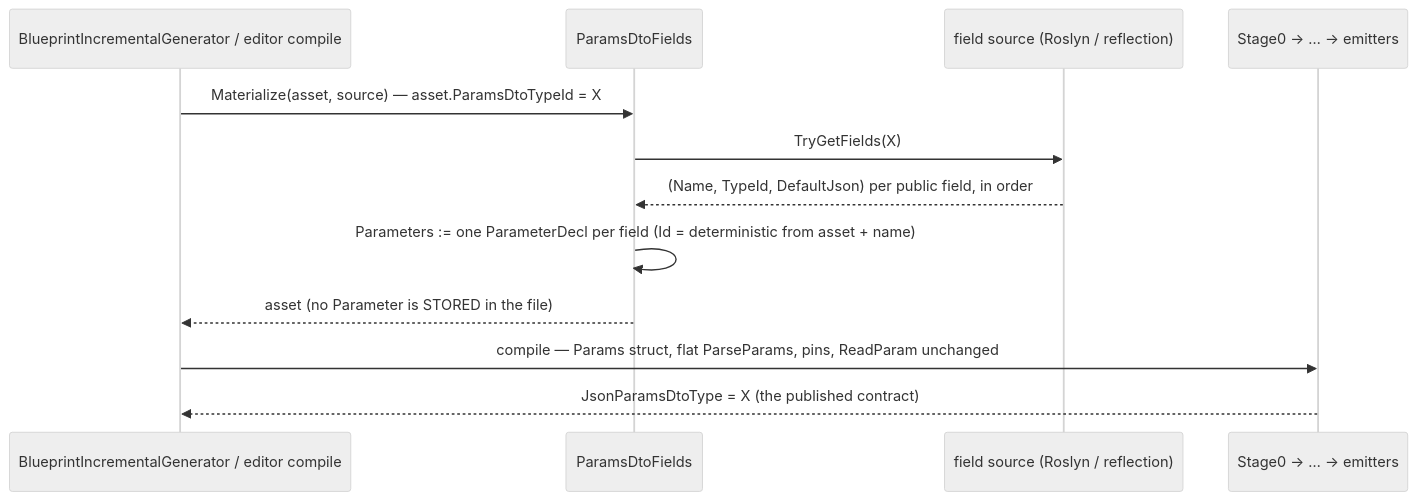
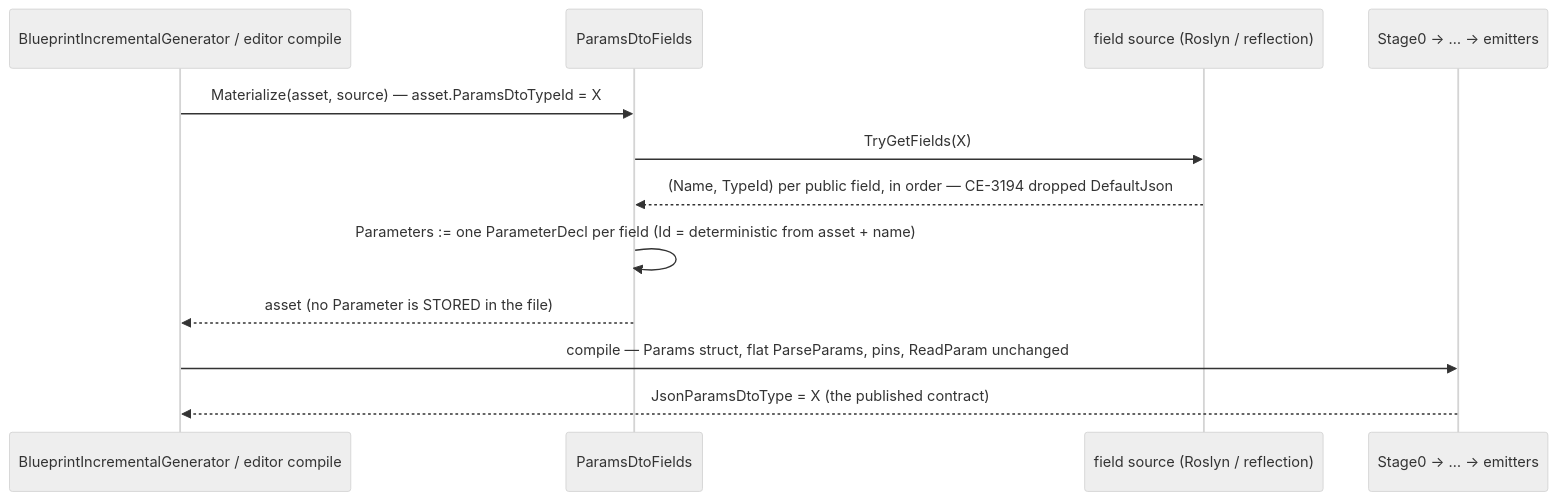
One commit to pjanec/HROT changed diagram 38 of 51 in docs/DESIGN_Orders_Params_Entity_Classes.md. Above: the diagram before and after it, drawn with Mermaid (neutral theme). The commit also changed other lines of this file and 3 other files, not shown here.

````diff
--- a/docs/DESIGN_Orders_Params_Entity_Classes.md
+++ b/docs/DESIGN_Orders_Params_Entity_Classes.md
@@ -1786,14 +1786,14 @@
 ```mermaid
 sequenceDiagram
   participant G as BlueprintIncrementalGenerator / editor compile
   participant F as ParamsDtoFields
   participant S as field source (Roslyn / reflection)
   participant C as Stage0 → … → emitters
   G->>F: Materialize(asset, source) — asset.ParamsDtoTypeId = X
   F->>S: TryGetFields(X)
-  S-->>F: (Name, TypeId, DefaultJson) per public field, in order
+  S-->>F: (Name, TypeId) per public field, in order — CE-3194 dropped DefaultJson
   F->>F: Parameters := one ParameterDecl per field (Id = deterministic from asset + name)
   F-->>G: asset (no Parameter is STORED in the file)
   G->>C: compile — Params struct, flat ParseParams, pins, ReadParam unchanged
   C-->>G: JsonParamsDtoType = X (the published contract)
 ```
````
